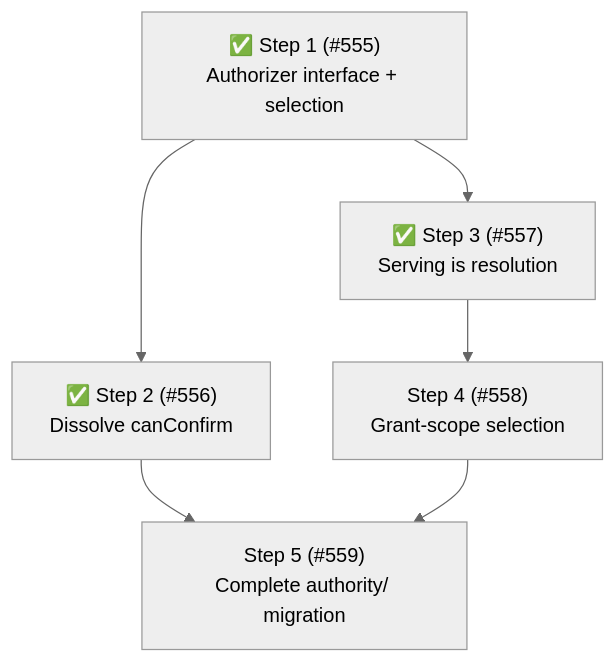
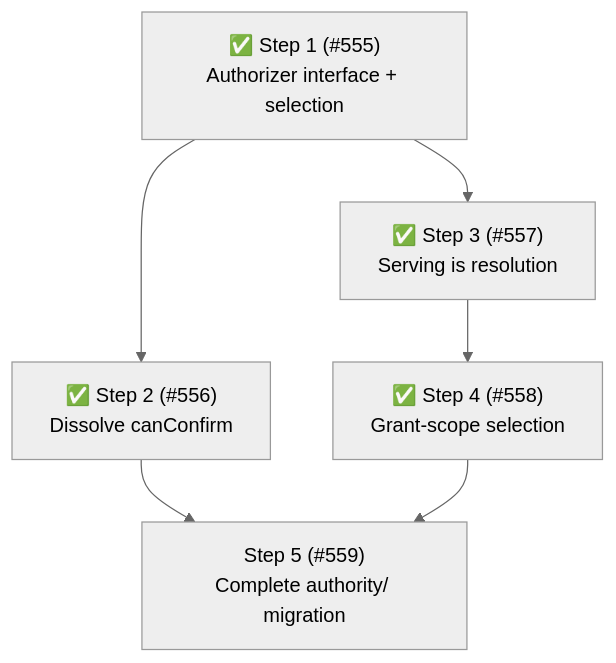
Before and after one commit to whaoa/forked-gotgenes-pi-packages: the fourth of 4 diagrams in packages/pi-permission-system/docs/architecture/architecture.md, drawn with Mermaid (neutral theme). The commit also changed other lines of this file and 2 other files, not shown here.

Commit message:
docs(pi-permission-system): record forwarded grant-scope selection (Phase 9 Step 4)

````diff
--- a/packages/pi-permission-system/docs/architecture/architecture.md
+++ b/packages/pi-permission-system/docs/architecture/architecture.md
@@ -923,14 +925,14 @@
 ```mermaid
 flowchart TD
     S1["✅ Step 1 (#555)<br/>Authorizer interface + selection"]
     S2["✅ Step 2 (#556)<br/>Dissolve canConfirm"]
     S3["✅ Step 3 (#557)<br/>Serving is resolution"]
-    S4["Step 4 (#558)<br/>Grant-scope selection"]
+    S4["✅ Step 4 (#558)<br/>Grant-scope selection"]
     S5["Step 5 (#559)<br/>Complete authority/ migration"]
 
     S1 --> S2
     S1 --> S3
     S3 --> S4
     S2 --> S5
     S4 --> S5
 ```
````
